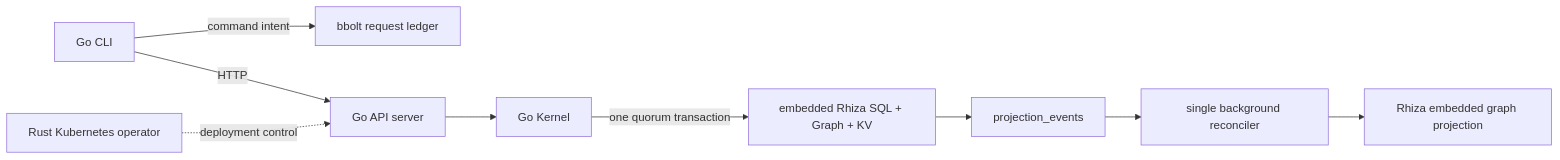
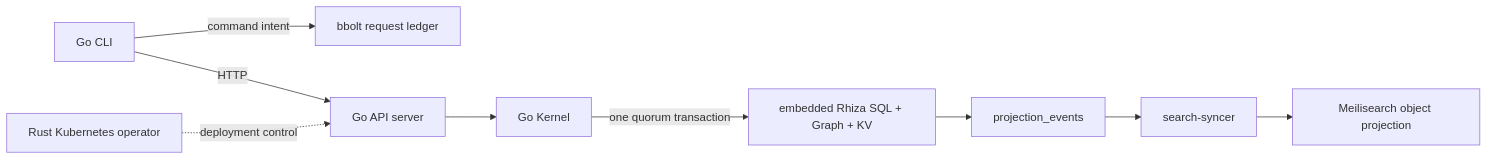
The diagram in docs/specs/runtime-topology.md (mrchypark/compos), drawn with Mermaid before and after one commit. The commit also changed other lines of this file and 109 other files, not shown here.

````diff
--- a/docs/specs/runtime-topology.md
+++ b/docs/specs/runtime-topology.md
@@ -5,11 +5,11 @@
 ```mermaid
 flowchart LR
     CLI["Go CLI"] -->|"command intent"| Audit["bbolt request ledger"]
     CLI -->|"HTTP"| Server["Go API server"]
     Server --> Kernel["Go Kernel"]
     Kernel -->|"one quorum transaction"| Rhiza["embedded Rhiza SQL + Graph + KV"]
     Rhiza --> Events["projection_events"]
-    Events --> Reconciler["single background reconciler"]
-    Reconciler --> Graph["Rhiza embedded graph projection"]
+    Events --> Syncer["search-syncer"]
+    Syncer --> Search["Meilisearch object projection"]
     Operator["Rust Kubernetes operator"] -. "deployment control" .-> Server
 ```
````
